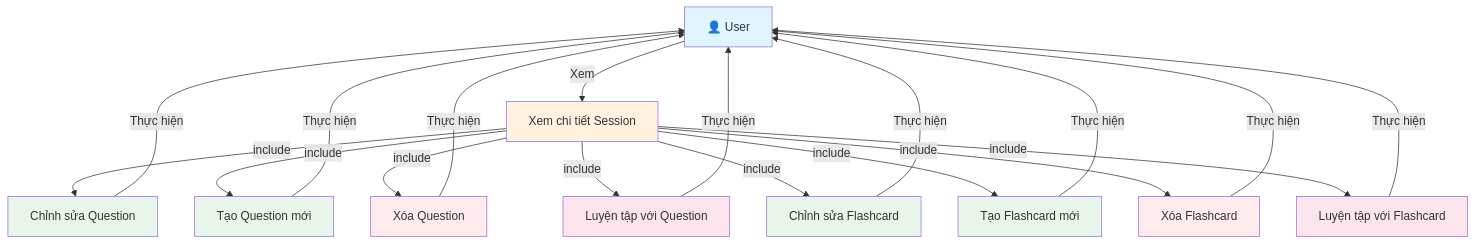
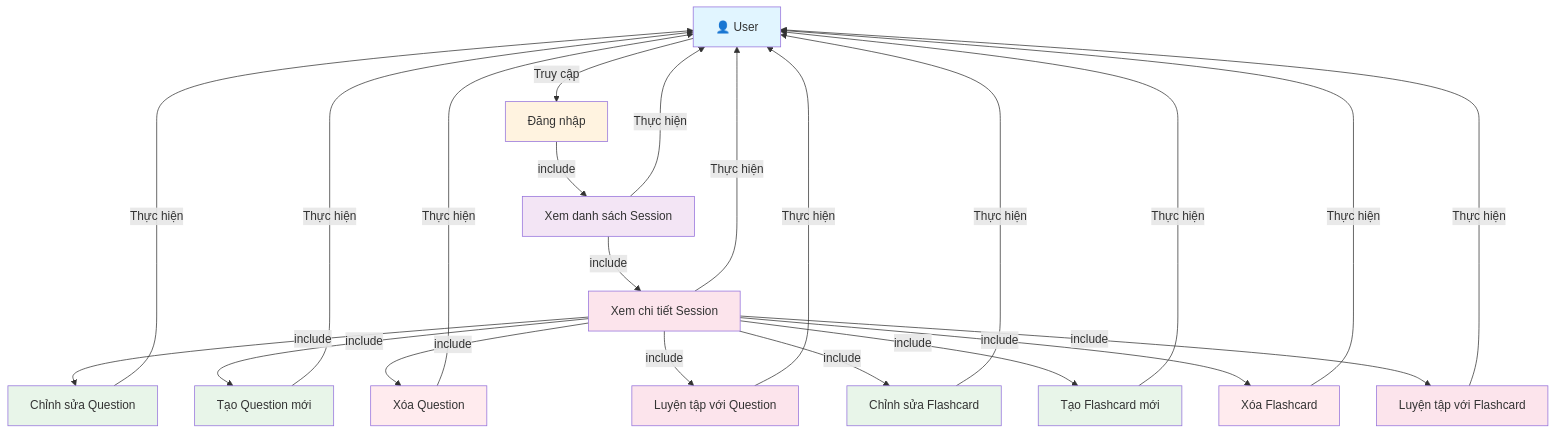
The diagram in question/1_question_management_usecase.md (mduc-2610/gp_doc), drawn with Mermaid before and after one commit. The commit also changed other lines of this file and 9 other files, not shown here.

````diff
--- a/question/1_question_management_usecase.md
+++ b/question/1_question_management_usecase.md
@@ -4,52 +4,61 @@
 ```mermaid
 graph TB
     Actor["👤 User"]
     
+    Login["Đăng nhập"]
+    ListSessions["Xem danh sách Session"]
     ViewSessionDetail["Xem chi tiết Session"]
     EditQuestion["Chỉnh sửa Question"]
     CreateQuestion["Tạo Question mới"]
     DeleteQuestion["Xóa Question"]
     PracticeQuestion["Luyện tập với Question"]
     
     EditFlashcard["Chỉnh sửa Flashcard"]
     CreateFlashcard["Tạo Flashcard mới"]
     DeleteFlashcard["Xóa Flashcard"]
     PracticeFlashcard["Luyện tập với Flashcard"]
     
-    Actor -->|Xem| ViewSessionDetail
+    Actor -->|Truy cập| Login
+    Login -->|include| ListSessions
+    ListSessions -->|Thực hiện| Actor
+    
+    ListSessions -->|include| ViewSessionDetail
+    ViewSessionDetail -->|Thực hiện| Actor
     
     ViewSessionDetail -->|include| EditQuestion
     EditQuestion -->|Thực hiện| Actor
     
     ViewSessionDetail -->|include| CreateQuestion
     CreateQuestion -->|Thực hiện| Actor
     
     ViewSessionDetail -->|include| DeleteQuestion
     DeleteQuestion -->|Thực hiện| Actor
     
     ViewSessionDetail -->|include| PracticeQuestion
     PracticeQuestion -->|Thực hiện| Actor
     
     ViewSessionDetail -->|include| EditFlashcard
     EditFlashcard -->|Thực hiện| Actor
     
     ViewSessionDetail -->|include| CreateFlashcard
     CreateFlashcard -->|Thực hiện| Actor
     
     ViewSessionDetail -->|include| DeleteFlashcard
     DeleteFlashcard -->|Thực hiện| Actor
     
     ViewSessionDetail -->|include| PracticeFlashcard
     PracticeFlashcard -->|Thực hiện| Actor
     
     style Actor fill:#e1f5ff
-    style ViewSessionDetail fill:#fff3e0
+    style Login fill:#fff3e0
+    style ListSessions fill:#f3e5f5
+    style ViewSessionDetail fill:#fce4ec
     style EditQuestion fill:#e8f5e9
     style CreateQuestion fill:#e8f5e9
     style DeleteQuestion fill:#ffebee
     style PracticeQuestion fill:#fce4ec
     style EditFlashcard fill:#e8f5e9
     style CreateFlashcard fill:#e8f5e9
     style DeleteFlashcard fill:#ffebee
     style PracticeFlashcard fill:#fce4ec
 ```
````
